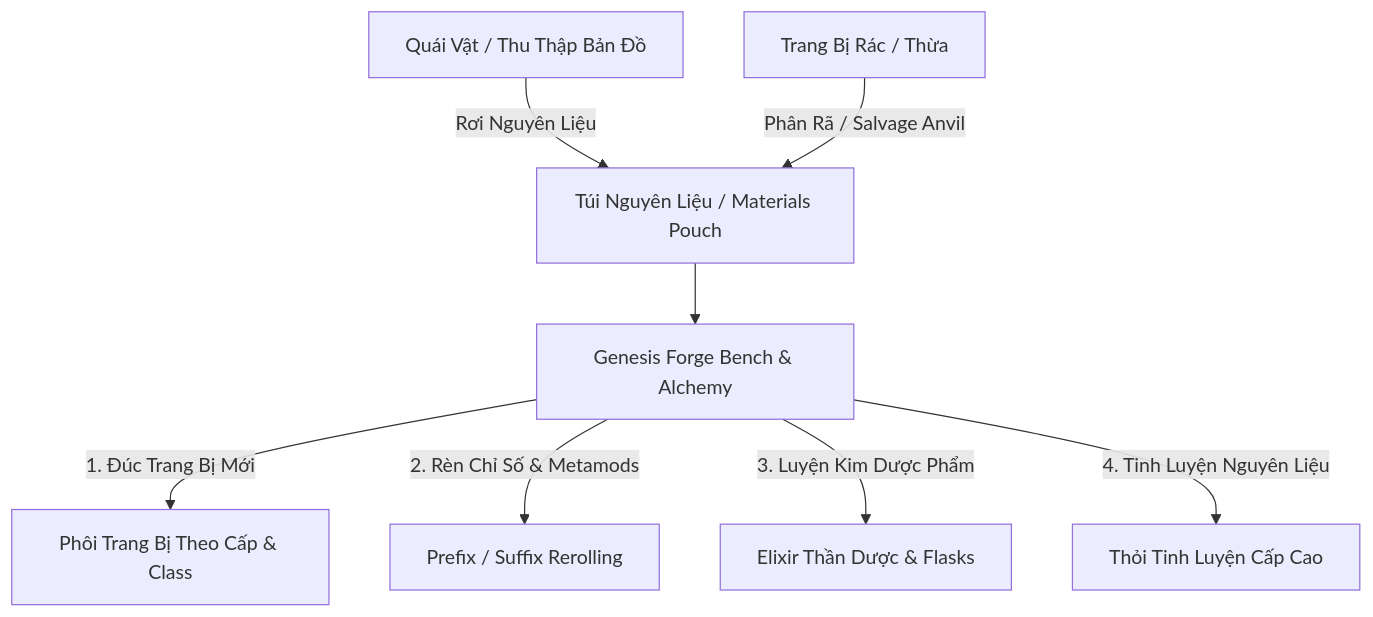
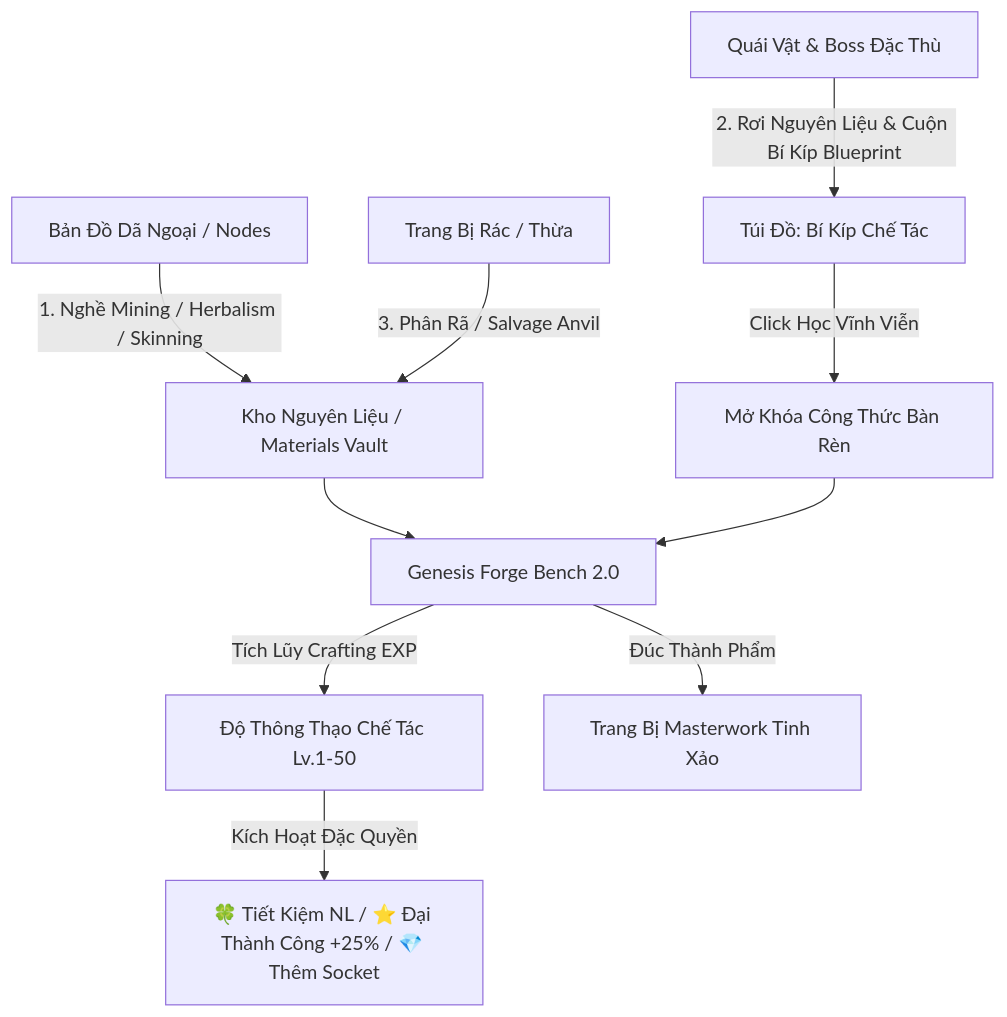
The first of 2 diagrams in docs/design/crafting_materials_and_salvage_system_design.md (kzxl/my-dream-game), drawn with Mermaid before and after one commit. The commit also changed other lines of this file and 1 other file, not shown here.

Commit message:
docs(design): update design specifications for Genesis Forge 2.0, Gathering Professions, Crafting Mastery, Blueprint drops, and Landing Hits skill progression

````diff
--- a/docs/design/crafting_materials_and_salvage_system_design.md
+++ b/docs/design/crafting_materials_and_salvage_system_design.md
@@ -6,11 +7,13 @@
 ```mermaid
 graph TD
-    A[Quái Vật / Thu Thập Bản Đồ] -->|Rơi Nguyên Liệu| B[Túi Nguyên Liệu / Materials Pouch]
-    C[Trang Bị Rác / Thừa] -->|Phân Rã / Salvage Anvil| B
+    A[Bản Đồ Dã Ngoại / Nodes] -->|1. Nghề Mining / Herbalism / Skinning| B[Kho Nguyên Liệu / Materials Vault]
+    C[Quái Vật & Boss Đặc Thù] -->|2. Rơi Nguyên Liệu & Cuộn Bí Kíp Blueprint| D[Túi Đồ: Bí Kíp Chế Tác]
+    E[Trang Bị Rác / Thừa] -->|3. Phân Rã / Salvage Anvil| B
     
-    B --> D[Genesis Forge Bench & Alchemy]
-    D -->|1. Đúc Trang Bị Mới| E[Phôi Trang Bị Theo Cấp & Class]
-    D -->|2. Rèn Chỉ Số & Metamods| F[Prefix / Suffix Rerolling]
-    D -->|3. Luyện Kim Dược Phẩm| G[Elixir Thần Dược & Flasks]
-    D -->|4. Tinh Luyện Nguyên Liệu| H[Thỏi Tinh Luyện Cấp Cao]
+    D -->|Click Học Vĩnh Viễn| F[Mở Khóa Công Thức Bàn Rèn]
+    
+    B & F --> G[Genesis Forge Bench 2.0]
+    G -->|Tích Lũy Crafting EXP| H[Độ Thông Thạo Chế Tác Lv.1-50]
+    H -->|Kích Hoạt Đặc Quyền| I[🍀 Tiết Kiệm NL / ⭐ Đại Thành Công +25% / 💎 Thêm Socket]
+    G -->|Đúc Thành Phẩm| J[Trang Bị Masterwork Tinh Xảo]
 ```
````
